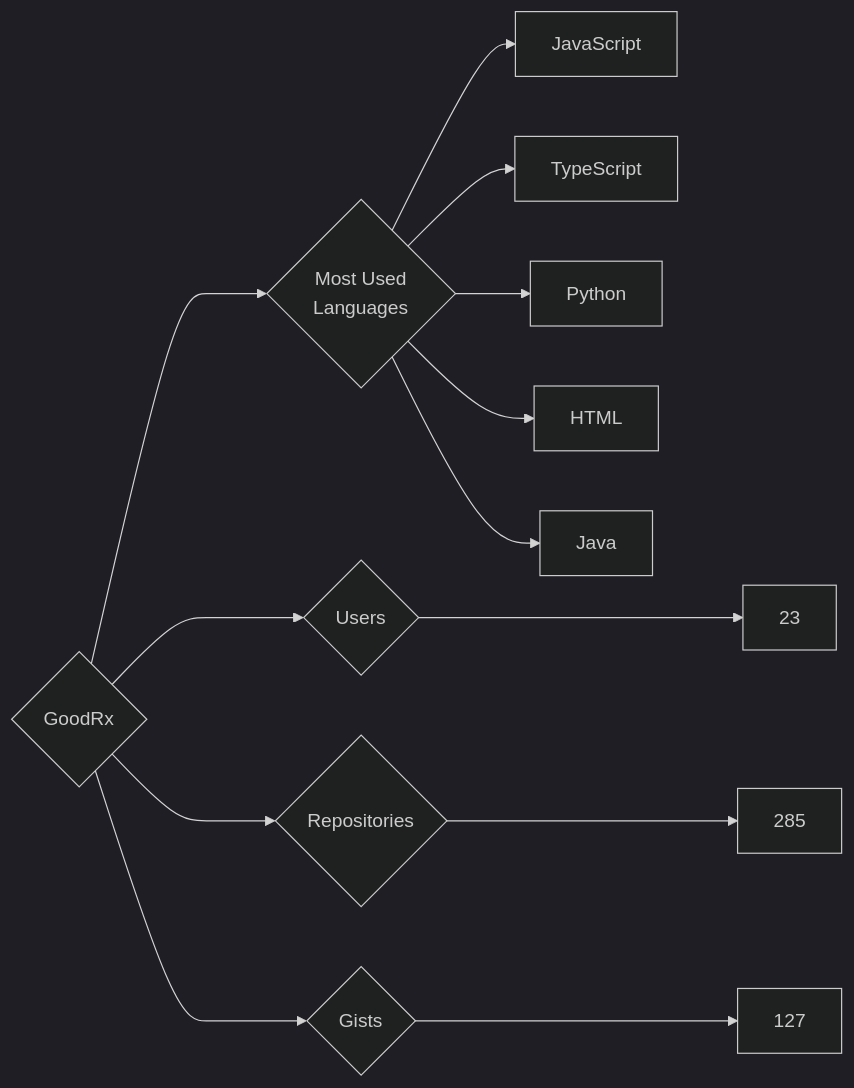
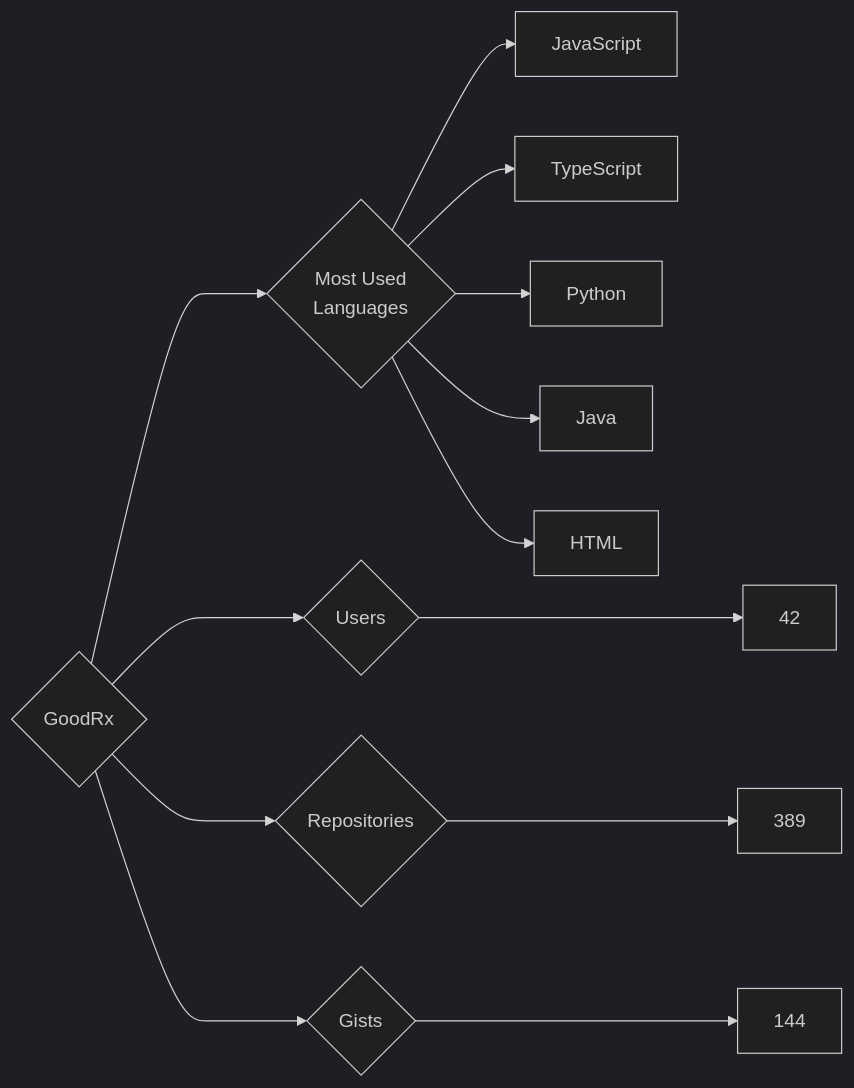
Before and after one commit to trickest/insiders: the diagram in targets/GoodRx/README.md, drawn with Mermaid (dark theme). The commit also changed 715 other files, not shown here.

````diff
--- a/targets/GoodRx/README.md
+++ b/targets/GoodRx/README.md
@@ -3,13 +3,13 @@
 ```mermaid
 graph LR
 COMPANY_NAME{GoodRx}
-COMPANY_NAME ---> U{Users} ---> UN[23]
-COMPANY_NAME ---> R{Repositories} ---> RN[285]
-COMPANY_NAME ---> G{Gists} ---> GN[127]
+COMPANY_NAME ---> U{Users} ---> UN[42]
+COMPANY_NAME ---> R{Repositories} ---> RN[389]
+COMPANY_NAME ---> G{Gists} ---> GN[144]
 COMPANY_NAME ---> ML{Most Used<br>Languages}
 ML --> JavaScript[JavaScript]
 ML --> TypeScript[TypeScript]
 ML --> Python[Python]
+ML --> Java[Java]
 ML --> HTML[HTML]
-ML --> Java[Java]
 ```
````
